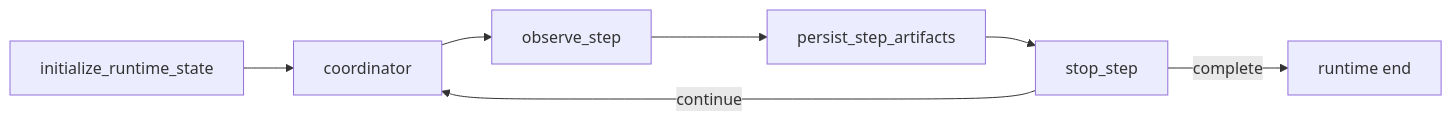
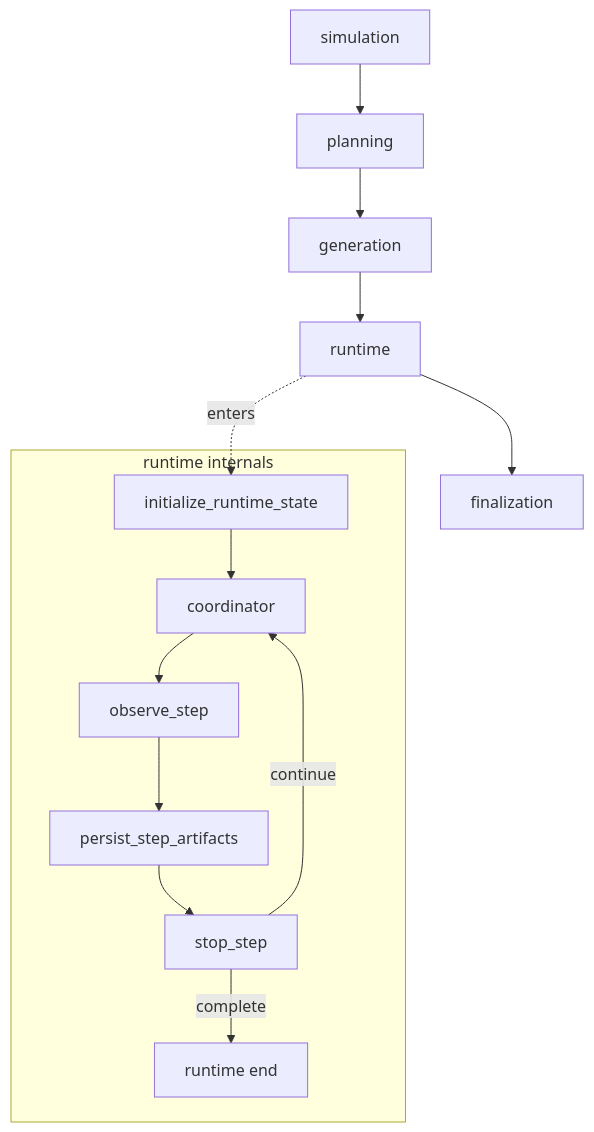
One commit to keonho-kim/simula changed the second of 2 diagrams in README.md. Above: the diagram before and after it, drawn with Mermaid. The commit also changed other lines of this file and 21 other files, not shown here.

````diff
--- a/README.md
+++ b/README.md
@@ -78,9 +85,18 @@
 ```mermaid
-flowchart LR
-      RuntimeInit["initialize_runtime_state"] --> Coordinator["coordinator"]
-      Coordinator --> Observe["observe_step"]
-      Observe --> Persist["persist_step_artifacts"]
-      Persist --> Stop["stop_step"]
-      Stop -- continue --> Coordinator
-      Stop -- complete --> RuntimeDone["runtime end"]
+flowchart TD
+    Simulation["simulation"] --> Planning["planning"]
+    Planning --> Generation["generation"]
+    Generation --> Runtime["runtime"]
+    Runtime --> Finalization["finalization"]
+
+    subgraph RuntimeLoop["runtime internals"]
+        RuntimeInit["initialize_runtime_state"] --> Coordinator["coordinator"]
+        Coordinator --> Observe["observe_step"]
+        Observe --> Persist["persist_step_artifacts"]
+        Persist --> Stop["stop_step"]
+        Stop -- continue --> Coordinator
+        Stop -- complete --> RuntimeDone["runtime end"]
+    end
+
+    Runtime -. enters .-> RuntimeInit
 ```
````
